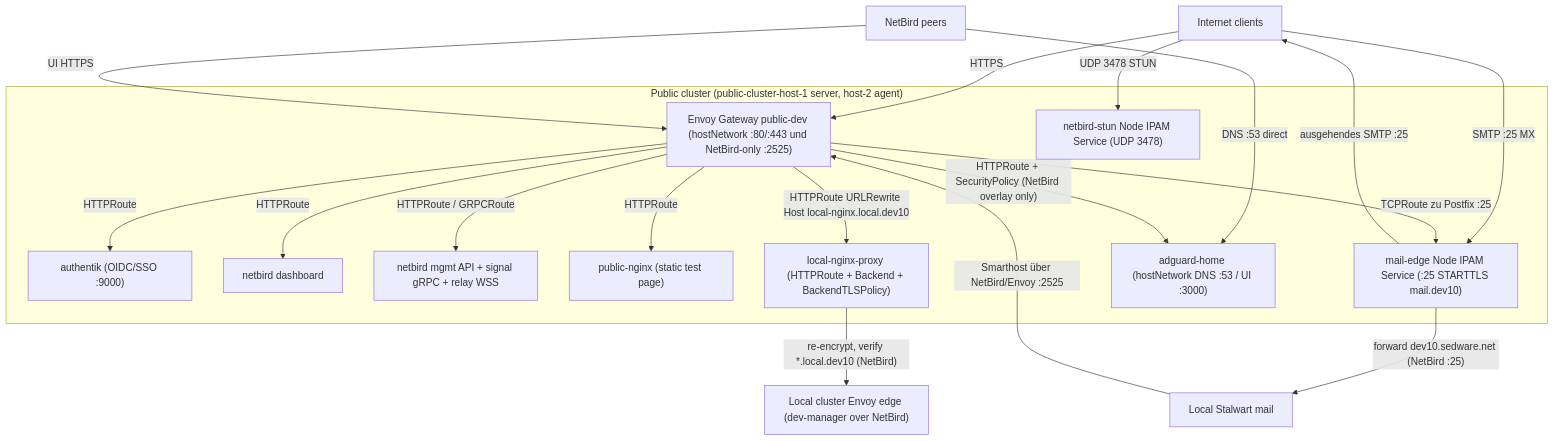
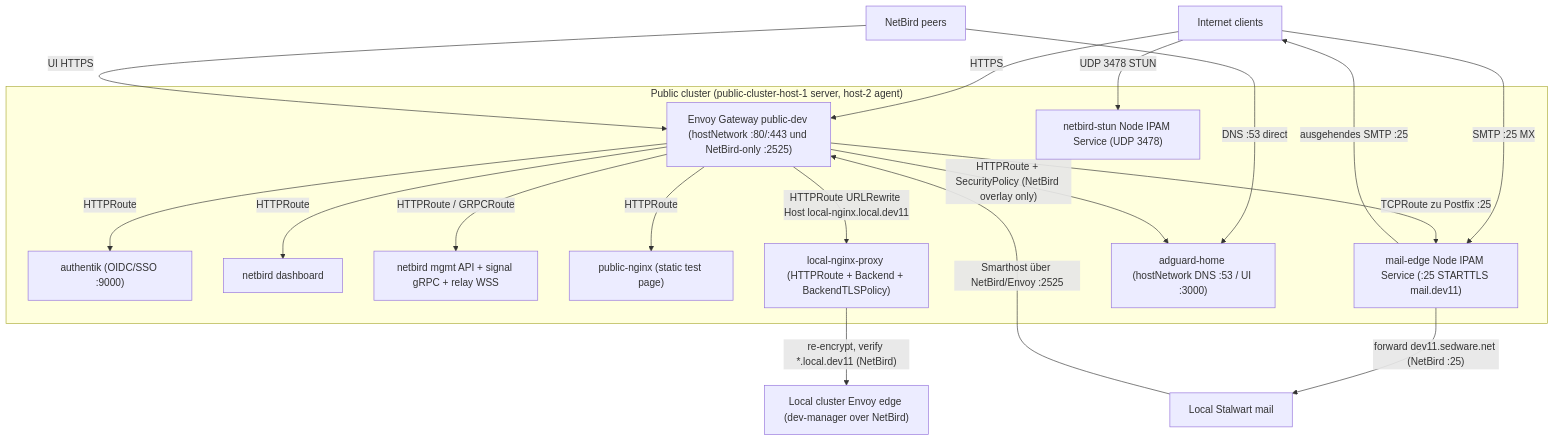
Before and after one commit to rowBeeX/public-cluster-kubernetes: the diagram in docs/architecture.md, drawn with Mermaid. The commit also changed 20 other files, not shown here.

````diff
--- a/docs/architecture.md
+++ b/docs/architecture.md
@@ -44,38 +44,38 @@
 ```mermaid
 flowchart TB
   internet["Internet clients"]
   nbpeers["NetBird peers"]
   localedge["Local cluster Envoy edge (dev-manager over NetBird)"]
   stalwart["Local Stalwart mail"]
 
   subgraph public["Public cluster (public-cluster-host-1 server, host-2 agent)"]
     envoy["Envoy Gateway public-dev (hostNetwork :80/:443 und NetBird-only :2525)"]
     authentik["authentik (OIDC/SSO :9000)"]
     nbdash["netbird dashboard"]
     nbmgmt["netbird mgmt API + signal gRPC + relay WSS"]
     pubnginx["public-nginx (static test page)"]
     lnproxy["local-nginx-proxy (HTTPRoute + Backend + BackendTLSPolicy)"]
     stunsvc["netbird-stun Node IPAM Service (UDP 3478)"]
-    mailedge["mail-edge Node IPAM Service (:25 STARTTLS mail.dev10)"]
+    mailedge["mail-edge Node IPAM Service (:25 STARTTLS mail.dev11)"]
     adguard["adguard-home (hostNetwork DNS :53 / UI :3000)"]
   end
 
   internet -->|HTTPS| envoy
   envoy -->|HTTPRoute| authentik
   envoy -->|HTTPRoute| nbdash
   envoy -->|HTTPRoute / GRPCRoute| nbmgmt
   envoy -->|HTTPRoute| pubnginx
-  envoy -->|"HTTPRoute URLRewrite Host local-nginx.local.dev10"| lnproxy
-  lnproxy -->|"re-encrypt, verify *.local.dev10 (NetBird)"| localedge
+  envoy -->|"HTTPRoute URLRewrite Host local-nginx.local.dev11"| lnproxy
+  lnproxy -->|"re-encrypt, verify *.local.dev11 (NetBird)"| localedge
 
   internet -->|UDP 3478 STUN| stunsvc
   internet -->|SMTP :25 MX| mailedge
-  mailedge -->|"forward dev10.sedware.net (NetBird :25)"| stalwart
+  mailedge -->|"forward dev11.sedware.net (NetBird :25)"| stalwart
   stalwart -->|"Smarthost über NetBird/Envoy :2525"| envoy
   envoy -->|"TCPRoute zu Postfix :25"| mailedge
   mailedge -->|"ausgehendes SMTP :25"| internet
 
   nbpeers -->|DNS :53 direct| adguard
   nbpeers -->|UI HTTPS| envoy
   envoy -->|"HTTPRoute + SecurityPolicy (NetBird overlay only)"| adguard
 ```
````
